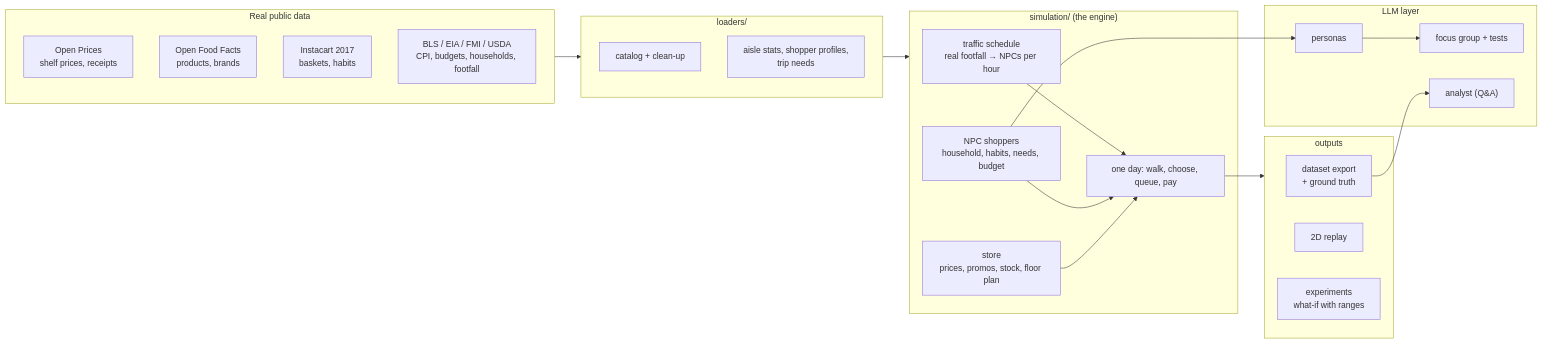
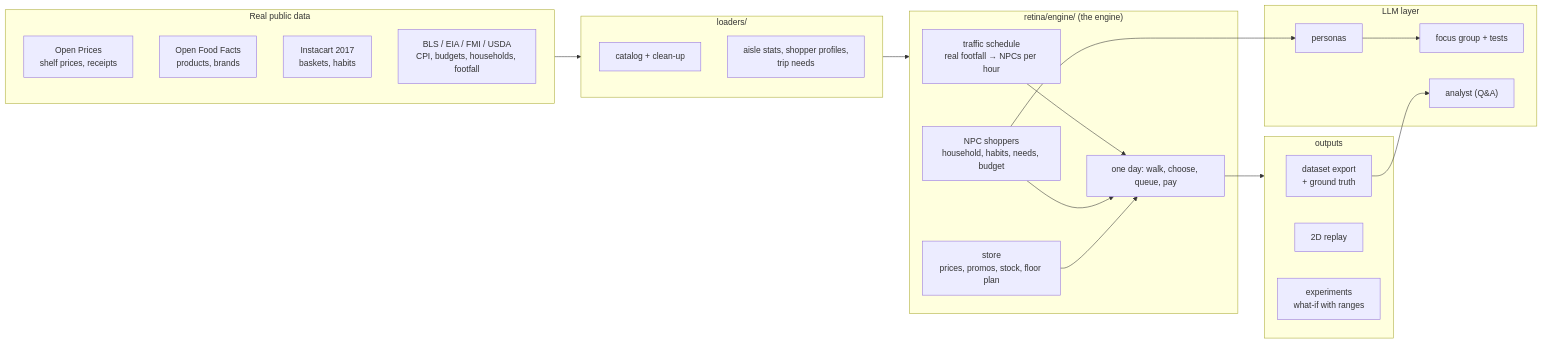
Before and after one commit to Aawaizp/retina: the diagram in README.md, drawn with Mermaid. The commit also changed other lines of this file and 37 other files, not shown here.

````diff
--- a/README.md
+++ b/README.md
@@ -72,36 +74,36 @@
 ```mermaid
 flowchart LR
     subgraph REAL["Real public data"]
         OP["Open Prices<br/>shelf prices, receipts"]
         OFF["Open Food Facts<br/>products, brands"]
         IC["Instacart 2017<br/>baskets, habits"]
         GOV["BLS / EIA / FMI / USDA<br/>CPI, budgets, households, footfall"]
     end
     subgraph LOAD["loaders/"]
         L1["catalog + clean-up"]
         L2["aisle stats, shopper profiles,<br/>trip needs"]
     end
-    subgraph ENGINE["simulation/ (the engine)"]
+    subgraph ENGINE["retina/engine/ (the engine)"]
         TR["traffic schedule<br/>real footfall → NPCs per hour"]
         NPC["NPC shoppers<br/>household, habits, needs, budget"]
         ST["store<br/>prices, promos, stock, floor plan"]
         DAY["one day: walk, choose, queue, pay"]
     end
     subgraph OUT["outputs"]
         DS["dataset export<br/>+ ground truth"]
         RP["2D replay"]
         EX["experiments<br/>what-if with ranges"]
     end
     subgraph LLM["LLM layer"]
         PE["personas"]
         FG["focus group + tests"]
         AN["analyst (Q&A)"]
     end
     REAL --> LOAD --> ENGINE
     TR --> DAY
     NPC --> DAY
     ST --> DAY
     DAY --> OUT
     NPC --> PE --> FG
     DS --> AN
 ```
````
